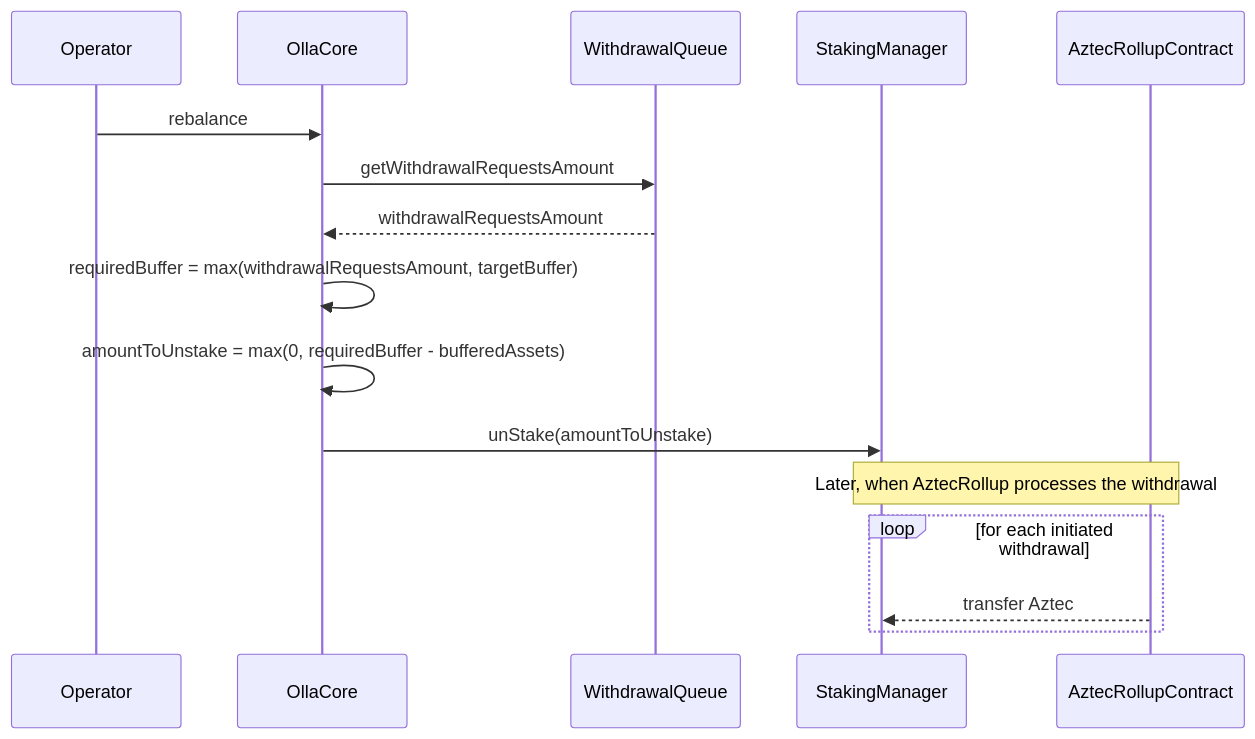
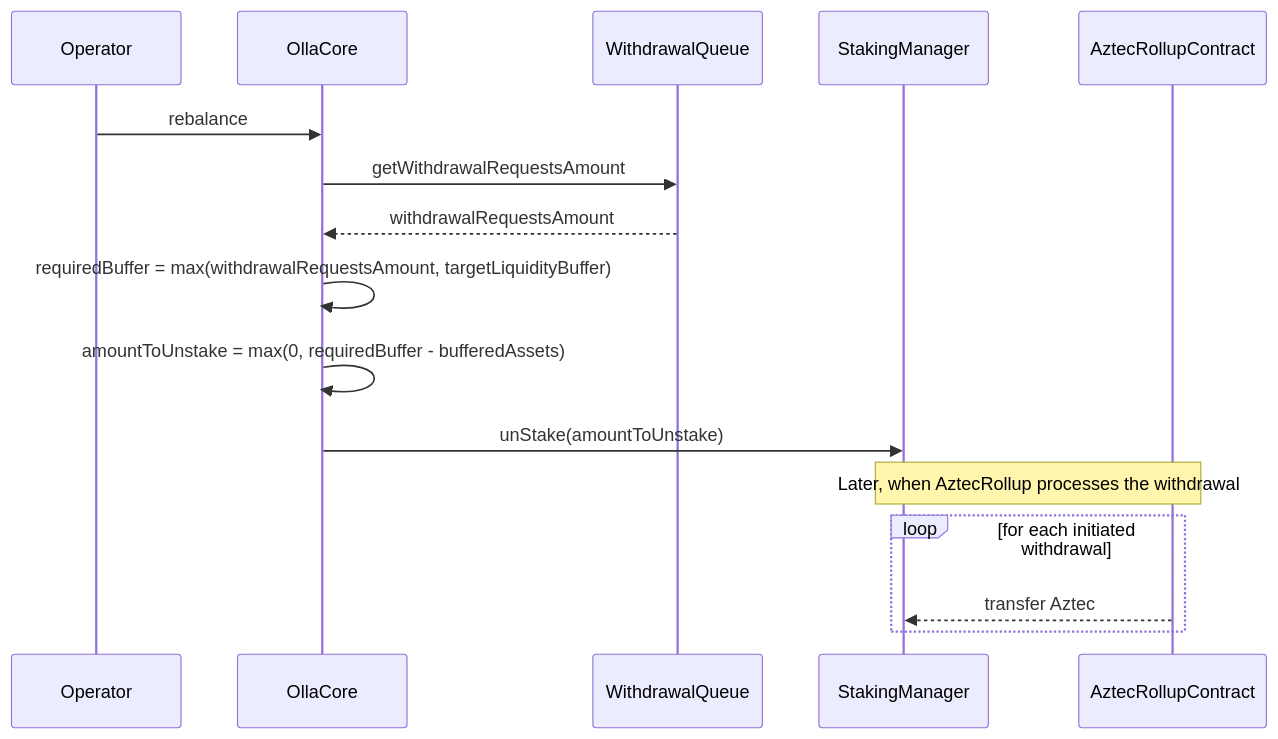
The seventh of 7 diagrams in research/technical/architecture/flows.md (ollafinance/core), drawn with Mermaid before and after one commit. The commit also changed other lines of this file and 1 other file, not shown here.

Commit message:
rename to targetLiquidityBuffer in diagrams

````diff
--- a/research/technical/architecture/flows.md
+++ b/research/technical/architecture/flows.md
@@ -202,19 +202,19 @@
 ```mermaid
 sequenceDiagram
     participant op as Operator
     participant C as OllaCore
     participant WQ as WithdrawalQueue
     participant stkMan as StakingManager
     participant AR as AztecRollupContract
 
     op->>C: rebalance
     C->>WQ: getWithdrawalRequestsAmount
     WQ-->>C: withdrawalRequestsAmount
-    C->>C: requiredBuffer = max(withdrawalRequestsAmount, targetBuffer)
+    C->>C: requiredBuffer = max(withdrawalRequestsAmount, targetLiquidityBuffer)
     C->>C: amountToUnstake = max(0, requiredBuffer - bufferedAssets)
     C->>stkMan: unStake(amountToUnstake)
     Note over stkMan,AR: Later, when AztecRollup processes the withdrawal
     loop for each initiated withdrawal
         AR-->>stkMan: transfer Aztec
     end
 ```
````
